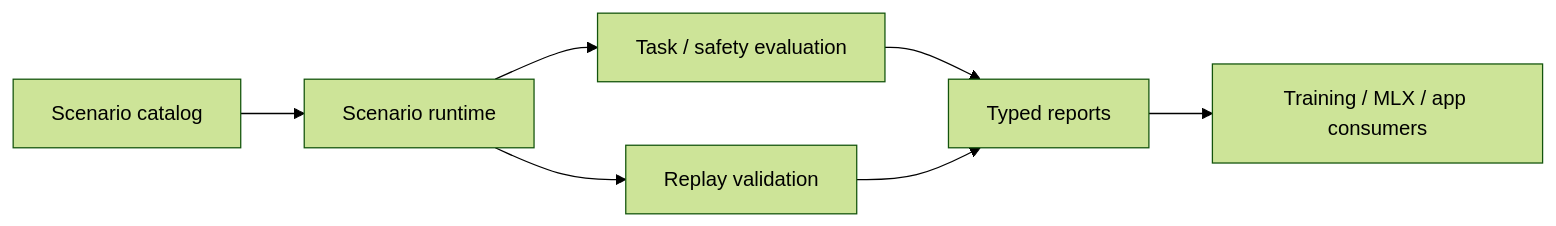
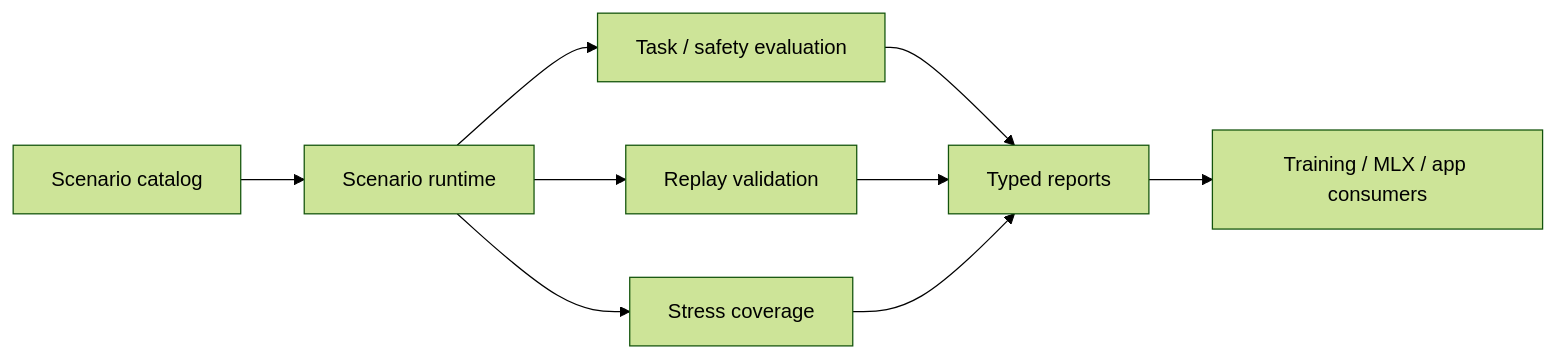
One commit to 1amageek/kuyu-scenarios changed the first of 2 diagrams in RELIABILITY_MILESTONES.md. Above: the diagram before and after it, drawn with Mermaid (forest theme). The commit also changed other lines of this file and 47 other files, not shown here.

````diff
--- a/RELIABILITY_MILESTONES.md
+++ b/RELIABILITY_MILESTONES.md
@@ -15,16 +16,19 @@
 ```mermaid
 flowchart LR
   Catalog["Scenario catalog"]
   Runtime["Scenario runtime"]
   Evaluation["Task / safety evaluation"]
   Replay["Replay validation"]
+  Stress["Stress coverage"]
   Report["Typed reports"]
   Downstream["Training / MLX / app consumers"]
 
   Catalog --> Runtime
   Runtime --> Evaluation
   Runtime --> Replay
+  Runtime --> Stress
   Evaluation --> Report
   Replay --> Report
+  Stress --> Report
   Report --> Downstream
 ```
````
